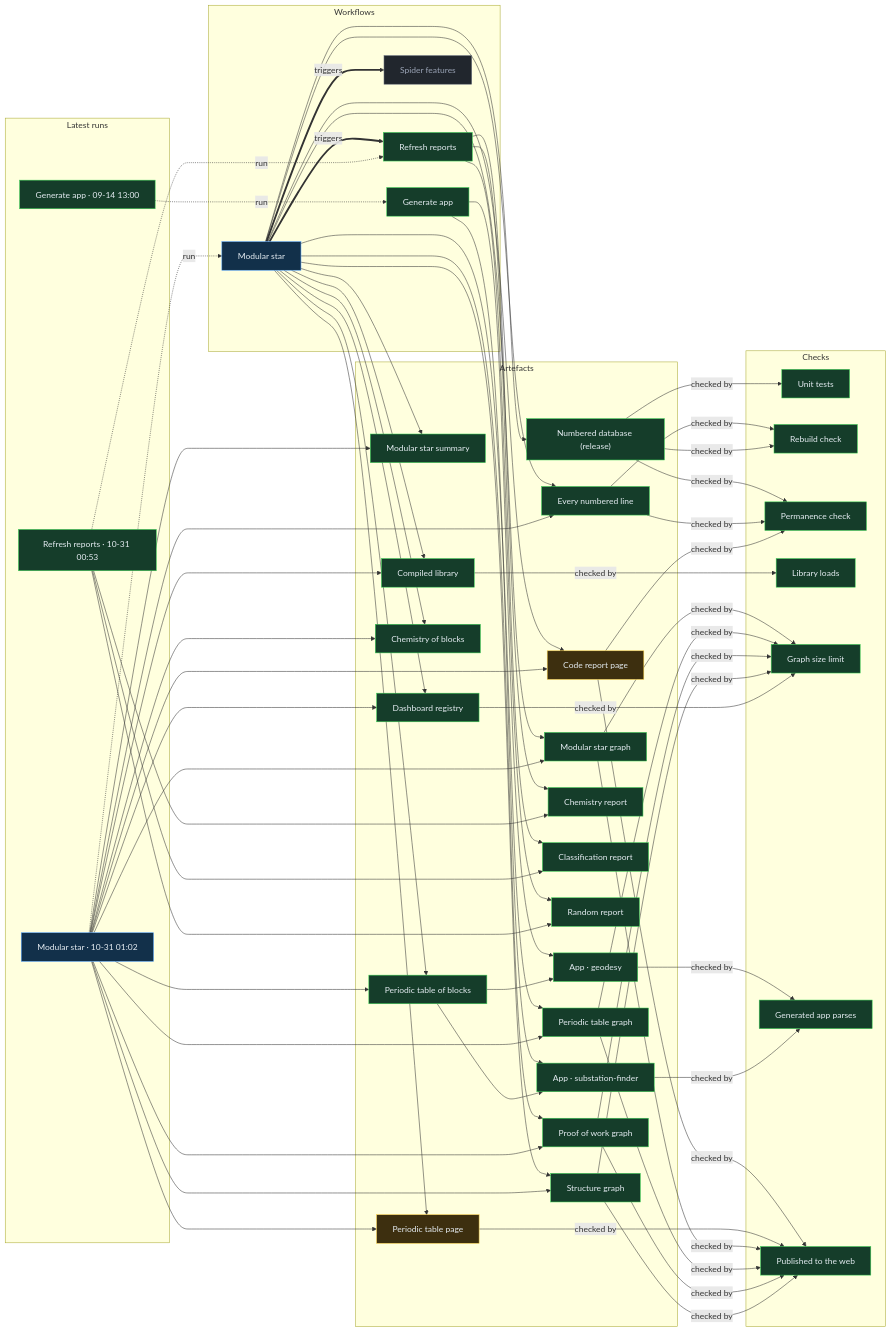
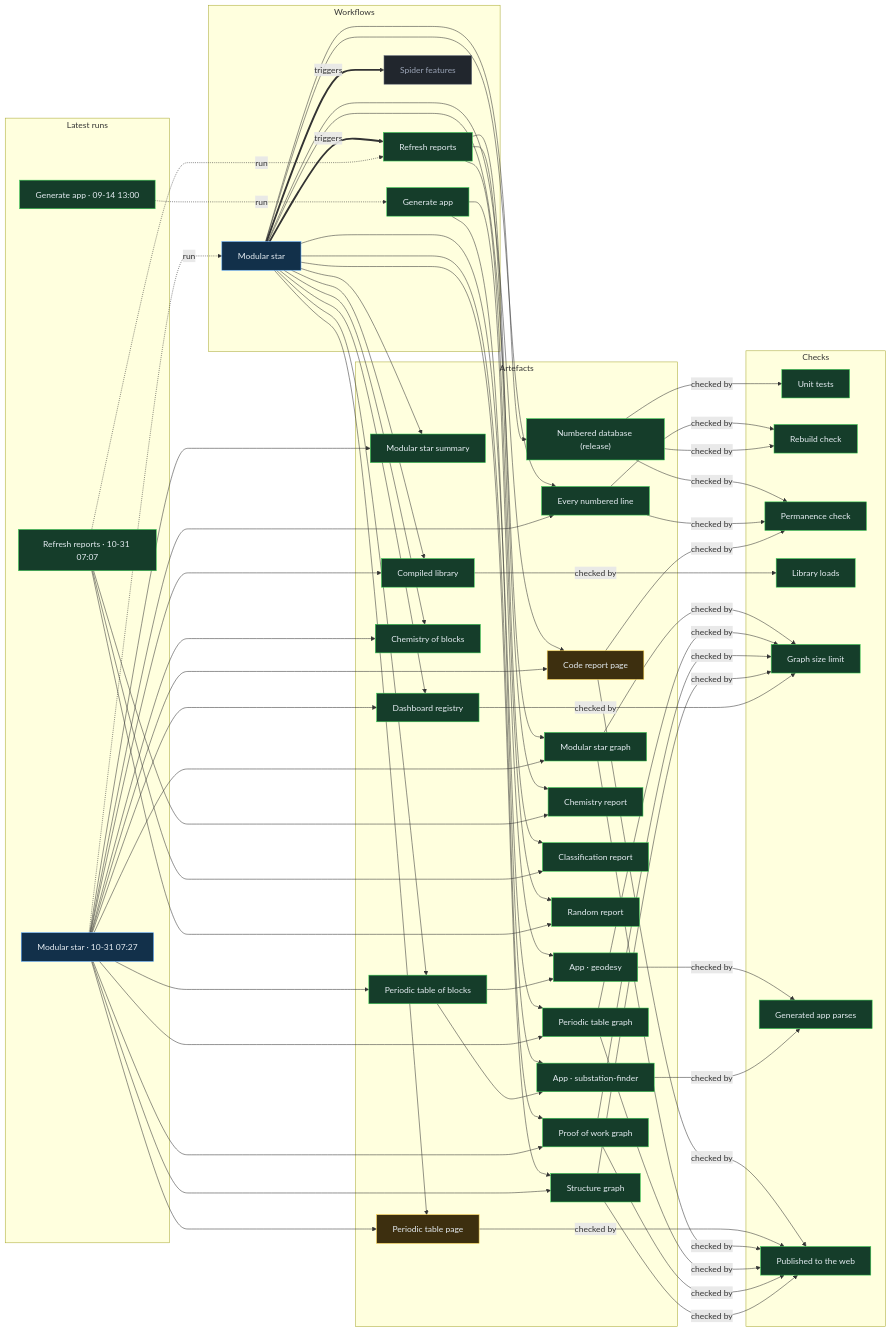
Before and after one commit to Ventusltd/stars: the diagram in proof/PROOF.md, drawn with Mermaid. The commit also changed other lines of this file and 53 other files, not shown here.

Commit message:
Modular star 2026-10-31T07:30Z

```diff
--- a/proof/PROOF.md
+++ b/proof/PROOF.md
@@ -24,8 +24,8 @@
   n_wf_spider_features["Spider features"]:::off
   end
   subgraph g_runs["Latest runs"]
-  n_run_41153359529["Modular star · 10-31 01:02"]:::live
-  n_run_41152590300["Refresh reports · 10-31 00:53"]:::ok
+  n_run_41180701286["Modular star · 10-31 07:27"]:::live
+  n_run_41179344696["Refresh reports · 10-31 07:07"]:::ok
   n_run_34846587798["Generate app · 09-14 13:00"]:::ok
   end
   subgraph g_artefacts["Artefacts"]
@@ -59,39 +59,39 @@
   end
   n_wf_modular_star == triggers ==> n_wf_refresh
   n_wf_modular_star == triggers ==> n_wf_spider_features
-  n_run_41153359529 -. run .-> n_wf_modular_star
-  n_run_41152590300 -. run .-> n_wf_refresh
+  n_run_41180701286 -. run .-> n_wf_modular_star
+  n_run_41179344696 -. run .-> n_wf_refresh
   n_run_34846587798 -. run .-> n_wf_generate
   n_wf_modular_star --> n_art_summary
-  n_run_41153359529 --> n_art_summary
+  n_run_41180701286 --> n_art_summary
   n_wf_modular_star --> n_art_lines
-  n_run_41153359529 --> n_art_lines
+  n_run_41180701286 --> n_art_lines
   n_wf_modular_star --> n_art_code
-  n_run_41153359529 --> n_art_code
+  n_run_41180701286 --> n_art_code
   n_wf_modular_star --> n_art_modular_graph
-  n_run_41153359529 --> n_art_modular_graph
+  n_run_41180701286 --> n_art_modular_graph
   n_wf_modular_star --> n_art_blocks
-  n_run_41153359529 --> n_art_blocks
+  n_run_41180701286 --> n_art_blocks
   n_wf_modular_star --> n_art_table
-  n_run_41153359529 --> n_art_table
+  n_run_41180701286 --> n_art_table
   n_wf_modular_star --> n_art_blocks_graph
-  n_run_41153359529 --> n_art_blocks_graph
+  n_run_41180701286 --> n_art_blocks_graph
   n_wf_modular_star --> n_art_reactions
-  n_run_41153359529 --> n_art_reactions
+  n_run_41180701286 --> n_art_reactions
   n_wf_modular_star --> n_art_library
-  n_run_41153359529 --> n_art_library
+  n_run_41180701286 --> n_art_library
   n_wf_modular_star --> n_art_features
-  n_run_41153359529 --> n_art_features
+  n_run_41180701286 --> n_art_features
   n_wf_modular_star --> n_art_proof
-  n_run_41153359529 --> n_art_proof
+  n_run_41180701286 --> n_art_proof
   n_wf_modular_star --> n_art_structure
-  n_run_41153359529 --> n_art_structure
+  n_run_41180701286 --> n_art_structure
   n_wf_refresh --> n_art_chemistry
-  n_run_41152590300 --> n_art_chemistry
+  n_run_41179344696 --> n_art_chemistry
   n_wf_refresh --> n_art_vedic
-  n_run_41152590300 --> n_art_vedic
+  n_run_41179344696 --> n_art_vedic
   n_wf_refresh --> n_art_random
-  n_run_41152590300 --> n_art_random
+  n_run_41179344696 --> n_art_random
   n_wf_modular_star --> n_art_release
   n_wf_generate --> n_app_geodesy
   n_art_blocks --> n_app_geodesy
```
